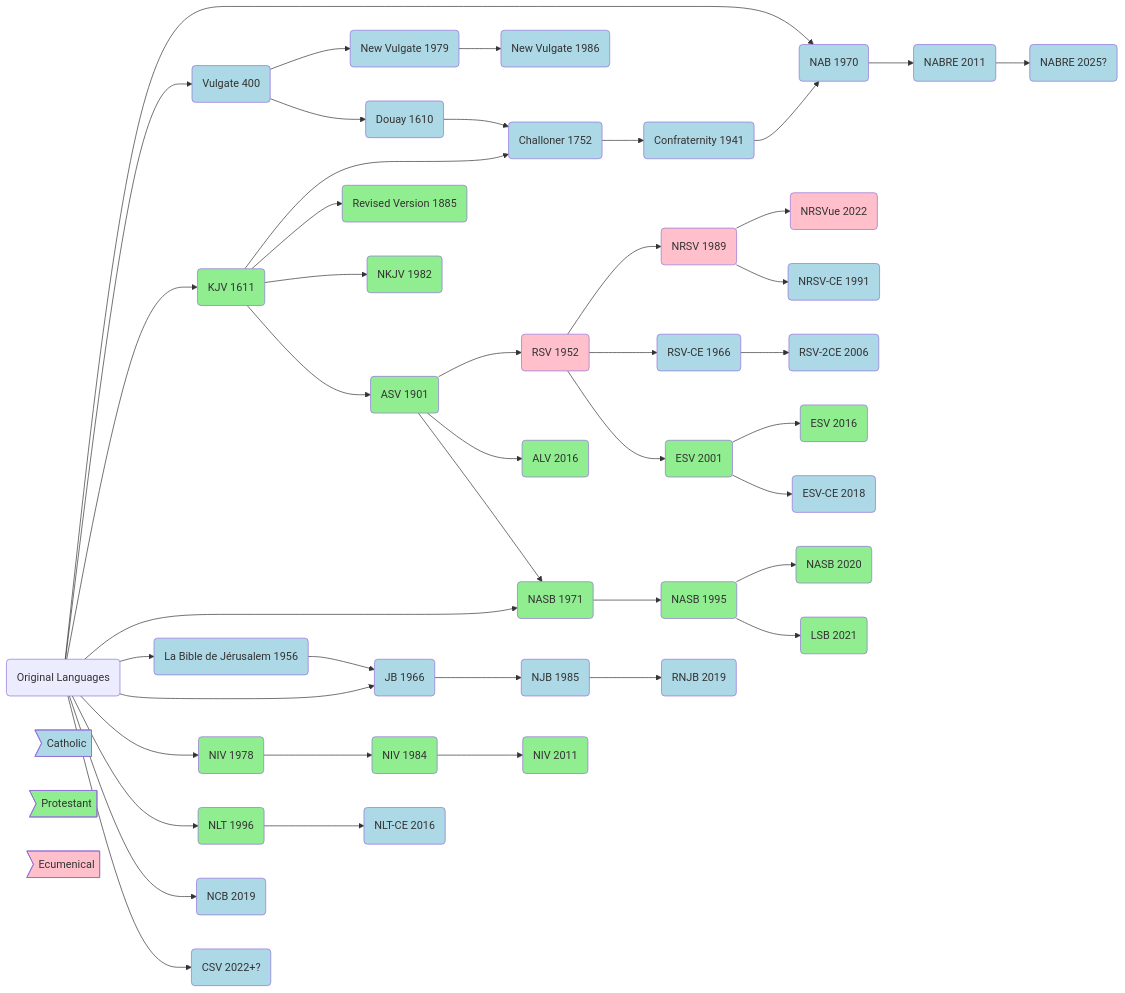
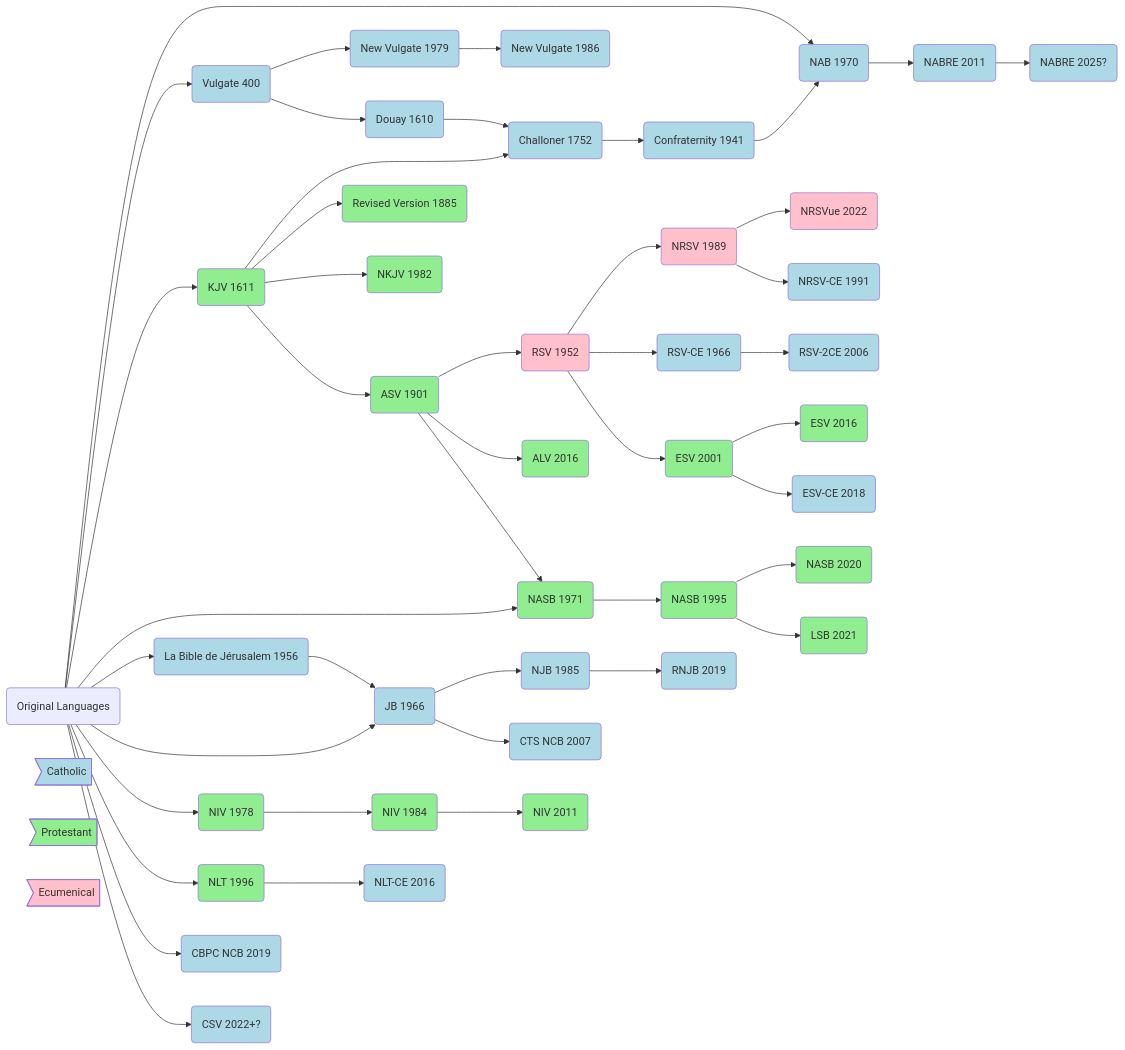
The diagram in notes/_md/Bible Translation Chart.md (mkudija/mkudija.github.io), drawn with Mermaid before and after one commit. The commit also changed 19 other files, not shown here.

````diff
--- a/notes/_md/Bible Translation Chart.md
+++ b/notes/_md/Bible Translation Chart.md
@@ -45,7 +45,8 @@
 nlt(NLT 1996)
 nltce(NLT-CE 2016)
 alv(ALV 2016)
-ncb(NCB 2019)
+ctsncb(CTS NCB 2007)
+cbpcncb(CBPC NCB 2019)
 csv(CSV 2022+?)
 
 classDef ct fill:lightBlue
@@ -90,15 +91,19 @@
 orig --> jb:::ct
 lbj --> jb
 jb --> njb:::ct
+jb --> ctsncb:::ct
 njb --> rnjb:::ct
 orig --> niv:::pt
 orig --> nlt:::pt
 nlt --> nltce:::ct
 niv --> niv84:::pt
 niv84 --> niv11:::pt
-orig --> ncb:::ct
+orig --> cbpcncb:::ct
 orig --> csv:::ct
 
 click alv "https://www.bibliotheca.co/translation" _blank
+click ctsncb "https://en.wikipedia.org/wiki/Catholic_Truth_Society" _blank
+click cbpcncb "https://www.biblegateway.com/versions/New-Catholic-Bible-NCB-Bible/" _blank
+
 
 ```
````
